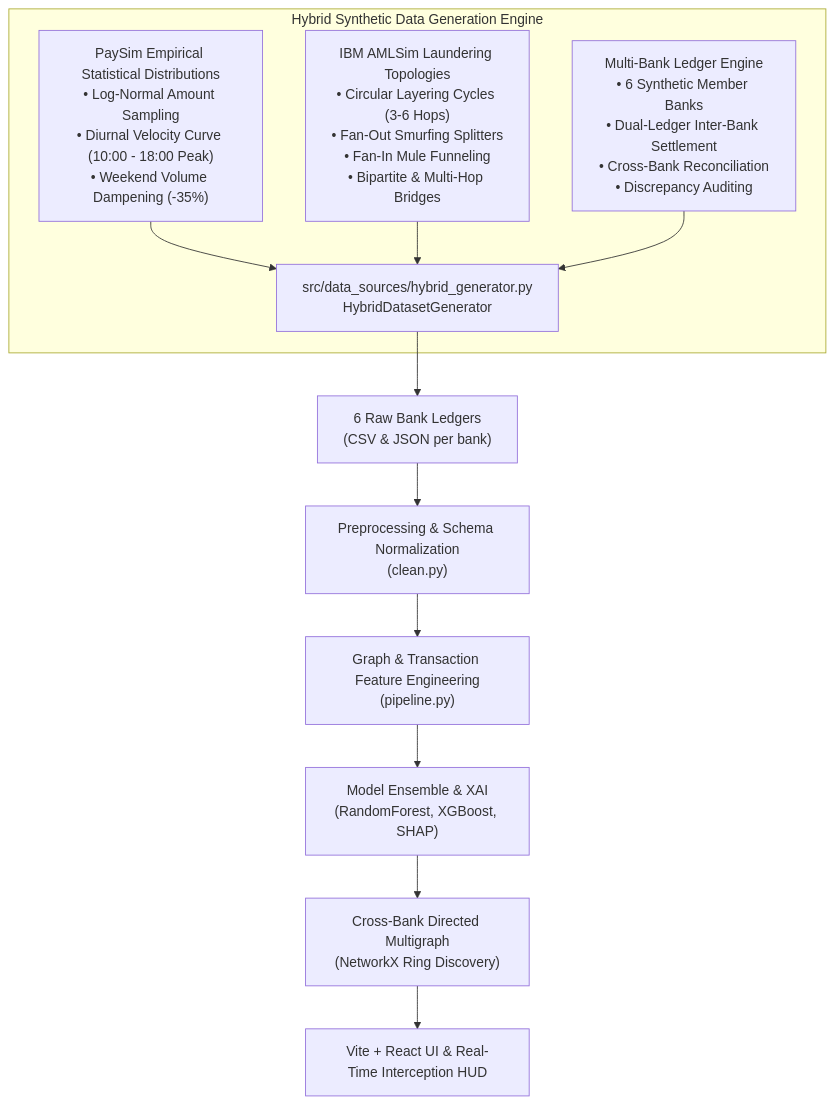
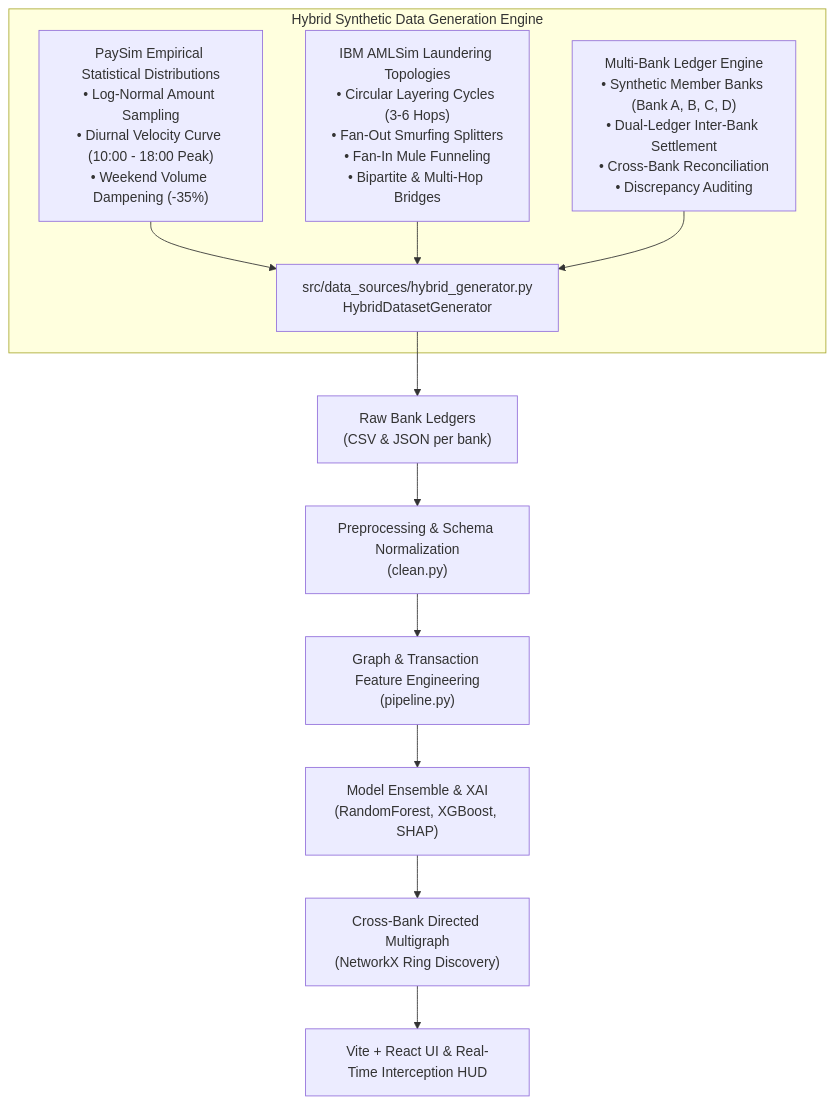
The diagram in EXISTING_ARCHITECTURE.md (sushantkoshti2509-ux/RINGTRACE-AI), drawn with Mermaid before and after one commit. The commit also changed other lines of this file and 90 other files, not shown here.

Commit message:
feat(banks): replace bank names with BANK_A, BANK_B, BANK_C, BANK_D across pipeline, models, and frontend

````diff
--- a/EXISTING_ARCHITECTURE.md
+++ b/EXISTING_ARCHITECTURE.md
@@ -30,19 +28,19 @@
 ```mermaid
 flowchart TD
     subgraph DataSynthesis["Hybrid Synthetic Data Generation Engine"]
         PaySim["PaySim Empirical Statistical Distributions<br/>• Log-Normal Amount Sampling<br/>• Diurnal Velocity Curve (10:00 - 18:00 Peak)<br/>• Weekend Volume Dampening (-35%)"]
         AMLSim["IBM AMLSim Laundering Topologies<br/>• Circular Layering Cycles (3-6 Hops)<br/>• Fan-Out Smurfing Splitters<br/>• Fan-In Mule Funneling<br/>• Bipartite & Multi-Hop Bridges"]
-        MultiBank["Multi-Bank Ledger Engine<br/>• 6 Synthetic Member Banks<br/>• Dual-Ledger Inter-Bank Settlement<br/>• Cross-Bank Reconciliation<br/>• Discrepancy Auditing"]
+        MultiBank["Multi-Bank Ledger Engine<br/>• Synthetic Member Banks (Bank A, B, C, D)<br/>• Dual-Ledger Inter-Bank Settlement<br/>• Cross-Bank Reconciliation<br/>• Discrepancy Auditing"]
         
         PaySim --> Engine["src/data_sources/hybrid_generator.py<br/>HybridDatasetGenerator"]
         AMLSim --> Engine
         MultiBank --> Engine
     end
     
-    Engine --> RawData["6 Raw Bank Ledgers<br/>(CSV & JSON per bank)"]
+    Engine --> RawData["Raw Bank Ledgers<br/>(CSV & JSON per bank)"]
     RawData --> Preproc["Preprocessing & Schema Normalization<br/>(clean.py)"]
     Preproc --> Features["Graph & Transaction Feature Engineering<br/>(pipeline.py)"]
     Features --> Models["Model Ensemble & XAI<br/>(RandomForest, XGBoost, SHAP)"]
     Models --> Graph["Cross-Bank Directed Multigraph<br/>(NetworkX Ring Discovery)"]
     Graph --> UI["Vite + React UI & Real-Time Interception HUD"]
 ```
````
